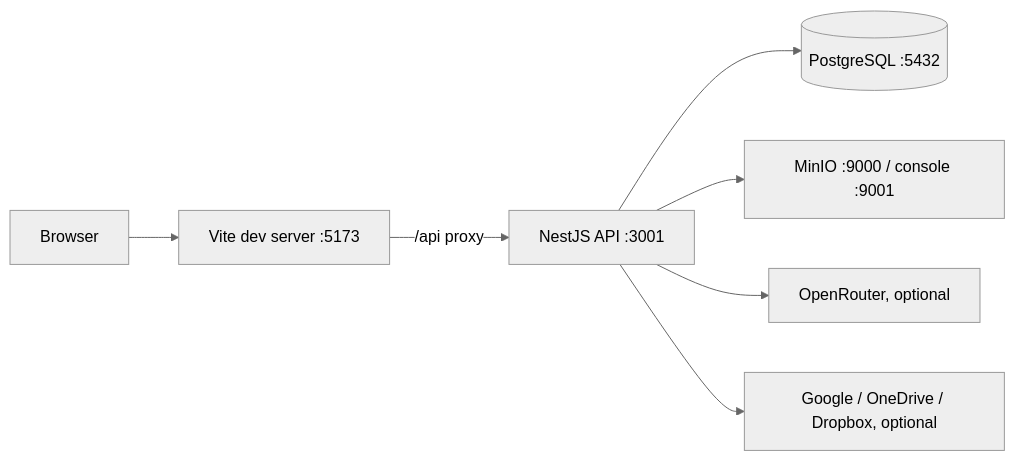
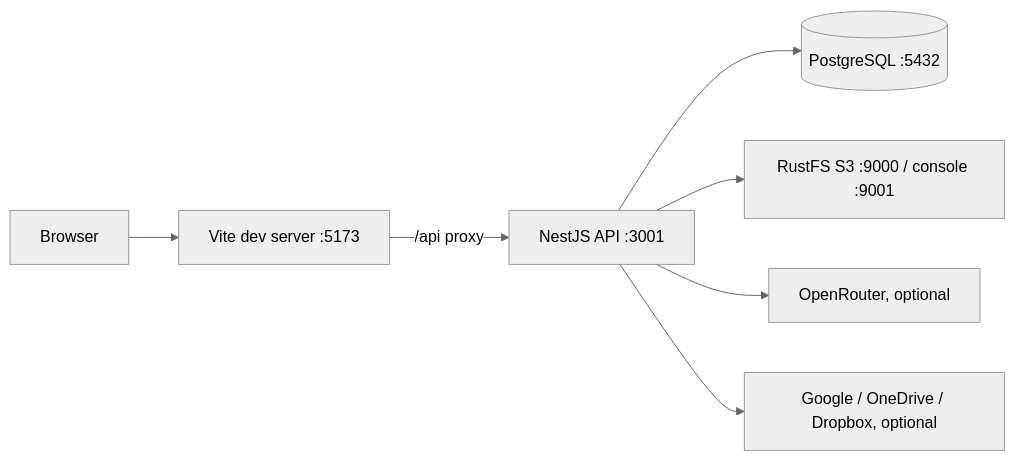
Before and after one commit to chefzaid/thoughty: the diagram in docs/development.md, drawn with Mermaid (neutral theme). The commit also changed other lines of this file and 8 other files, not shown here.

Commit message:
Run local object storage on RustFS now that MinIO images are gone

````diff
--- a/docs/development.md
+++ b/docs/development.md
@@ -5,9 +5,9 @@
 ```mermaid
 flowchart LR
     Browser[Browser] --> Web[Vite dev server :5173]
     Web -->|/api proxy| API[NestJS API :3001]
     API --> DB[(PostgreSQL :5432)]
-    API --> MinIO[MinIO :9000 / console :9001]
+    API --> S3[RustFS S3 :9000 / console :9001]
     API --> OpenRouter[OpenRouter, optional]
     API --> OAuth[Google / OneDrive / Dropbox, optional]
 ```
````
